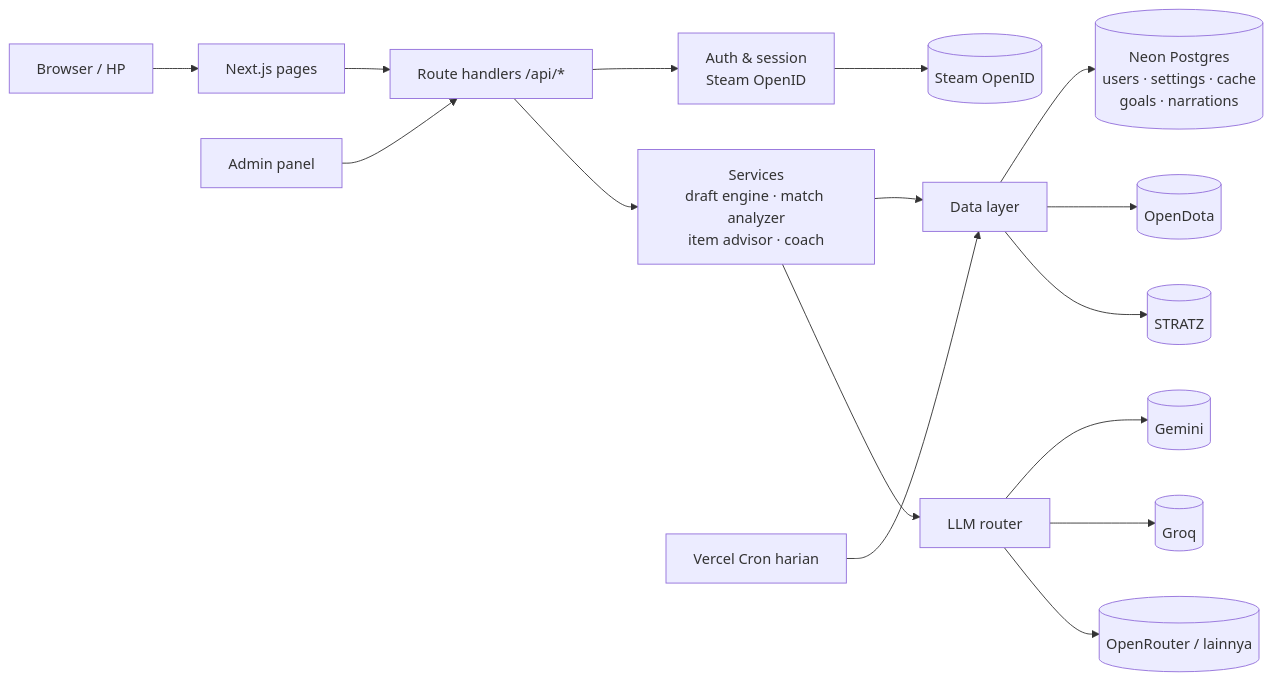
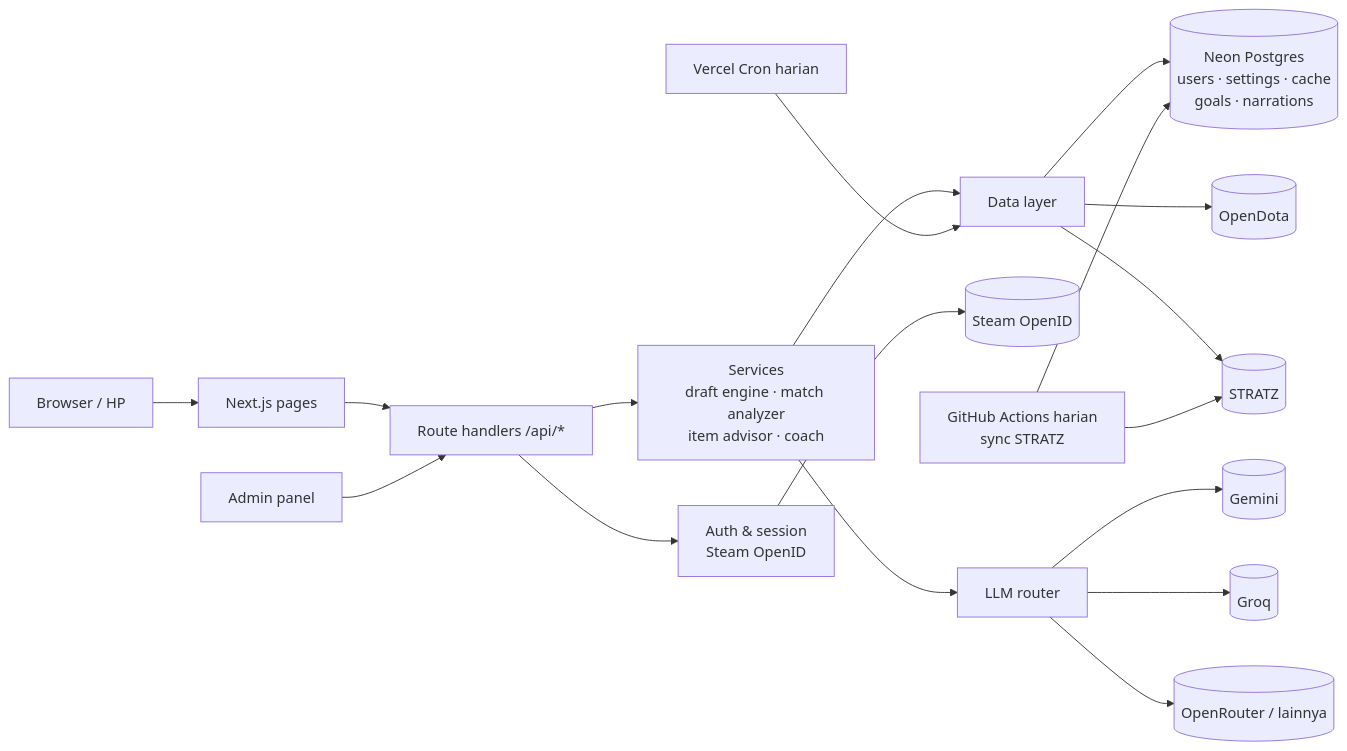
One commit to fazarashif/pepak-doto changed the diagram in docs/DEVELOPMENT_PLAN.md. Above: the diagram before and after it, drawn with Mermaid. The commit also changed other lines of this file and 2 other files, not shown here.

Commit message:
Plan stage 2: game plan page, hero cheat sheet and daily STRATZ sync

````diff
--- a/docs/DEVELOPMENT_PLAN.md
+++ b/docs/DEVELOPMENT_PLAN.md
@@ -97,15 +101,17 @@
 ```mermaid
 flowchart LR
   U[Browser / HP] --> P[Next.js pages]
   P --> R[Route handlers /api/*]
   R --> A[Auth & session<br/>Steam OpenID]
   R --> S[Services<br/>draft engine · match analyzer<br/>item advisor · coach]
   S --> D[Data layer]
   D --> DB[(Neon Postgres<br/>users · settings · cache<br/>goals · narrations)]
   D --> OD[(OpenDota)]
   D --> ST[(STRATZ)]
   A --> SW[(Steam OpenID)]
   S --> LR[LLM router] --> L1[(Gemini)] & L2[(Groq)] & L3[(OpenRouter / lainnya)]
   CR[Vercel Cron harian] --> D
+  GA[GitHub Actions harian<br/>sync STRATZ] --> ST
+  GA --> DB
   AD[Admin panel] --> R
 ```
````
